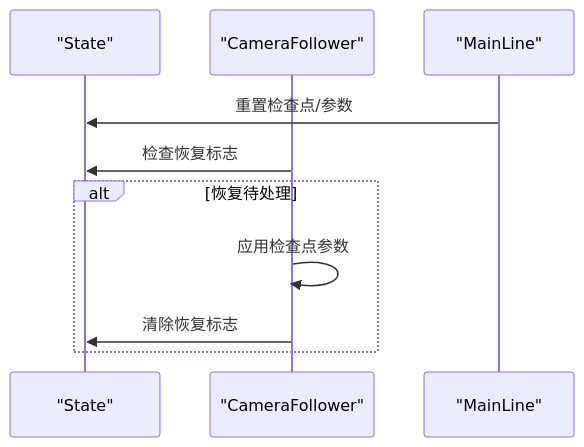
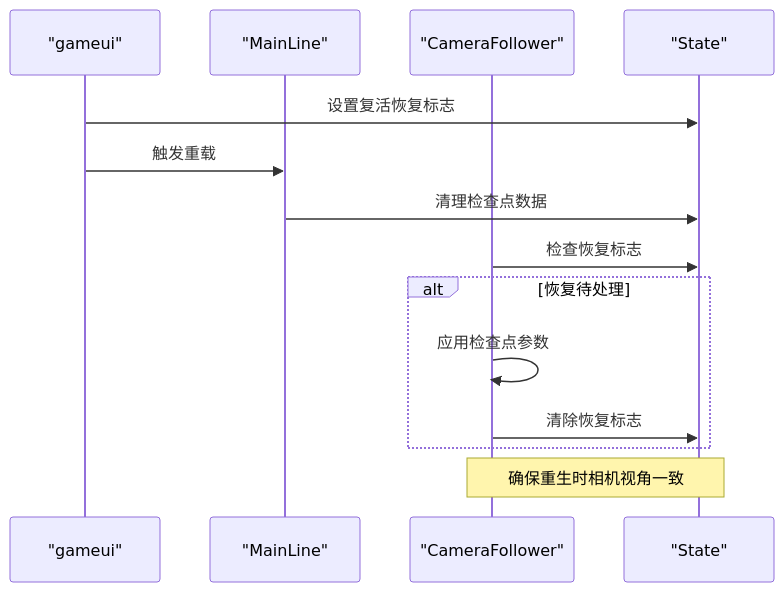
Before and after one commit to godotline/godot-line: the seventh of 8 diagrams in .qoder/repowiki/zh/content/游戏系统/相机系统/相机跟随系统.md, drawn with Mermaid. The commit also changed other lines of this file and 7 other files, not shown here.

````diff
--- a/.qoder/repowiki/zh/content/游戏系统/相机系统/相机跟随系统.md
+++ b/.qoder/repowiki/zh/content/游戏系统/相机系统/相机跟随系统.md
@@ -269,12 +290,16 @@
 ```mermaid
 sequenceDiagram
+participant UI as "gameui"
+participant ML as "MainLine"
+participant CF as "CameraFollower"
 participant ST as "State"
-participant CF as "CameraFollower"
-participant ML as "MainLine"
-ML->>ST : 重置检查点/参数
+UI->>ST : 设置复活恢复标志
+UI->>ML : 触发重载
+ML->>ST : 清理检查点数据
 CF->>ST : 检查恢复标志
 alt 恢复待处理
 CF->>CF : 应用检查点参数
 CF->>ST : 清除恢复标志
 end
+Note over CF,ST : 确保重生时相机视角一致
 ```
````
